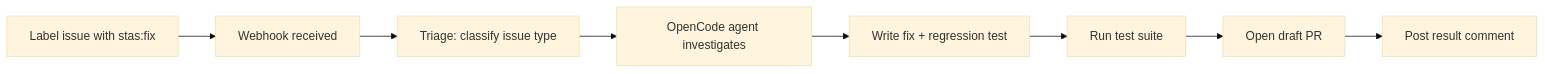
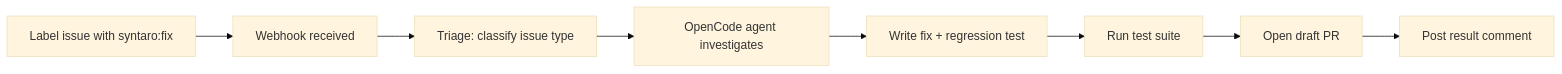
Before and after one commit to Aimino-Tech/solving_tickets_as_a_service: the diagram in docs/onboarding/FAQ.md, drawn with Mermaid (base theme). The commit also changed other lines of this file and 953 other files, not shown here.

First line of the commit message:
refactor(AIM-4477): rebrand STAS → SYNTARO in code, configs, docs, and deploy

````diff
--- a/docs/onboarding/FAQ.md
+++ b/docs/onboarding/FAQ.md
@@ -27,10 +27,10 @@
 ```mermaid
 flowchart LR
-    A[Label issue with stas:fix] --> B[Webhook received]
+    A[Label issue with syntaro:fix] --> B[Webhook received]
     B --> C[Triage: classify issue type]
     C --> D[OpenCode agent investigates]
     D --> E[Write fix + regression test]
     E --> F[Run test suite]
     F --> G[Open draft PR]
     G --> H[Post result comment]
 ```
````
